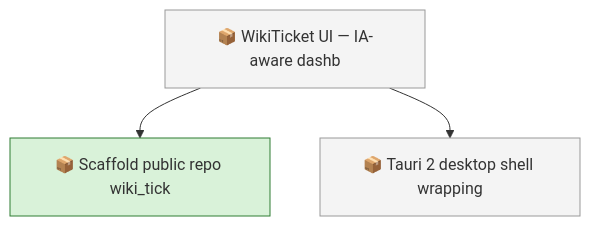
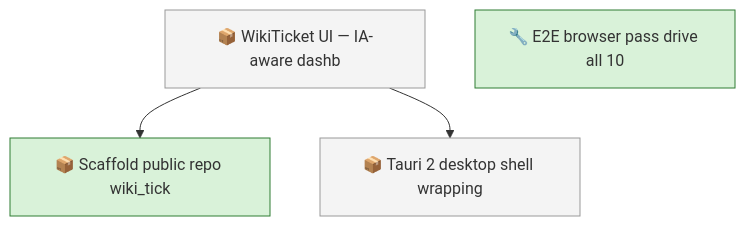
One commit to SpillwaveSolutions/wiki_ticket_sdd_ui changed the first of 2 diagrams in docs/roadmap.md. Above: the diagram before and after it, drawn with Mermaid. The commit also changed other lines of this file and 5 other files, not shown here.

First line of the commit message:
chore: roadmap/index refresh; E2E browser-pass item filed (01KY659FMF)

````diff
--- a/docs/roadmap.md
+++ b/docs/roadmap.md
@@ -44,12 +50,13 @@
 ```mermaid
 graph TD
     01KY5ZZX8Y6N7E5YQYP4X1V7VA["📦 Scaffold public repo wiki_tick"]
     01KY5ZZX8YXD5YDJKQGJ3VCCHN["📦 WikiTicket UI — IA-aware dashb"]
     01KY5ZZX8Z46K7BCSPPFKN23JZ["📦 Tauri 2 desktop shell wrapping"]
+    01KY659FMF8BB293744Q4X2V6G["🔧 E2E browser pass drive all 10"]
     01KY5ZZX8YXD5YDJKQGJ3VCCHN --> 01KY5ZZX8Y6N7E5YQYP4X1V7VA
     01KY5ZZX8YXD5YDJKQGJ3VCCHN --> 01KY5ZZX8Z46K7BCSPPFKN23JZ
     classDef todo fill:#f4f4f4,stroke:#999999
     class 01KY5ZZX8YXD5YDJKQGJ3VCCHN,01KY5ZZX8Z46K7BCSPPFKN23JZ todo
     classDef in_progress fill:#d9f2d9,stroke:#2e7d32
-    class 01KY5ZZX8Y6N7E5YQYP4X1V7VA in_progress
+    class 01KY5ZZX8Y6N7E5YQYP4X1V7VA,01KY659FMF8BB293744Q4X2V6G in_progress
 ```
````
